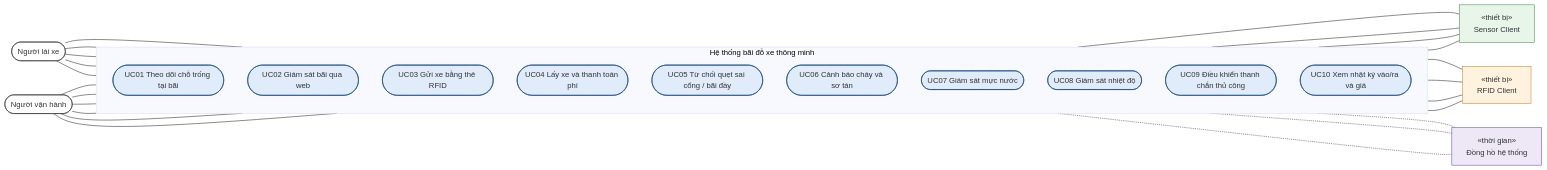
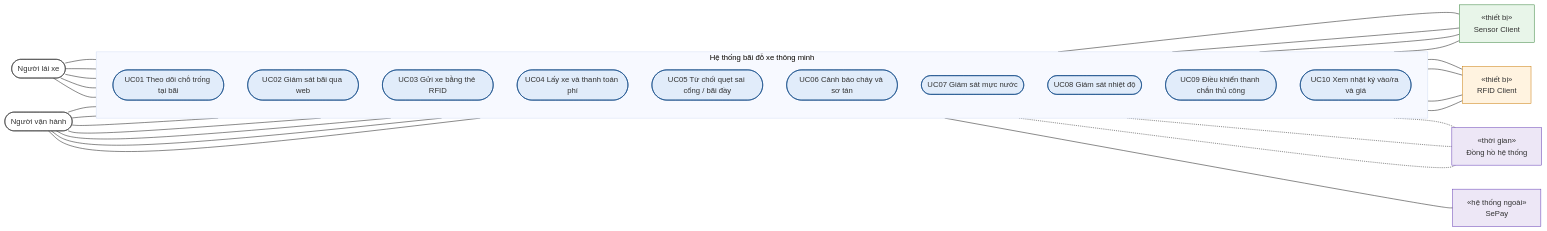
One commit to thinhdinh25/INT3108_embedded-Smart-Parking-Project changed the diagram in report/diagrams/usecase.mmd. Above: the diagram before and after it, drawn with Mermaid (base theme). The commit also changed 54 other files, not shown here.

```diff
--- a/report/diagrams/usecase.mmd
+++ b/report/diagrams/usecase.mmd
@@ -1,31 +1,33 @@
 flowchart LR
   driver(["Người lái xe"])
   operator(["Người vận hành"])
   subgraph SYS["Hệ thống bãi đỗ xe thông minh"]
     direction TB
     UC01(["UC01 Theo dõi chỗ trống tại bãi"])
     UC02(["UC02 Giám sát bãi qua web"])
     UC03(["UC03 Gửi xe bằng thẻ RFID"])
     UC04(["UC04 Lấy xe và thanh toán phí"])
     UC05(["UC05 Từ chối quẹt sai cổng / bãi đầy"])
     UC06(["UC06 Cảnh báo cháy và sơ tán"])
     UC07(["UC07 Giám sát mực nước"])
     UC08(["UC08 Giám sát nhiệt độ"])
     UC09(["UC09 Điều khiển thanh chắn thủ công"])
     UC10(["UC10 Xem nhật ký vào/ra và giá"])
   end
   sensor["«thiết bị»<br/>Sensor Client"]
   rfid["«thiết bị»<br/>RFID Client"]
   clock["«thời gian»<br/>Đồng hồ hệ thống"]
+  sepay["«hệ thống ngoài»<br/>SePay"]
   driver --- UC01 & UC03 & UC04 & UC05 & UC06
-  operator --- UC02 & UC06 & UC07 & UC08 & UC09 & UC10
+  operator --- UC02 & UC04 & UC06 & UC07 & UC08 & UC09 & UC10
   UC01 & UC02 & UC06 & UC07 --- sensor
   UC03 & UC04 & UC05 & UC08 --- rfid
   UC03 & UC04 & UC05 -.- clock
+  UC04 --- sepay
   classDef uc fill:#E1ECFA,stroke:#003E7E;
   classDef dev fill:#E8F5E9,stroke:#2E7D32;
   classDef rf fill:#FFF3E0,stroke:#C77700;
   classDef tm fill:#EDE7F6,stroke:#5E35B1;
   classDef person fill:#ffffff,stroke:#333;
   class UC01,UC02,UC03,UC04,UC05,UC06,UC07,UC08,UC09,UC10 uc;
-  class sensor dev; class rfid rf; class clock tm; class driver,operator person;
+  class sensor dev; class rfid rf; class clock tm; class sepay tm; class driver,operator person;
```
